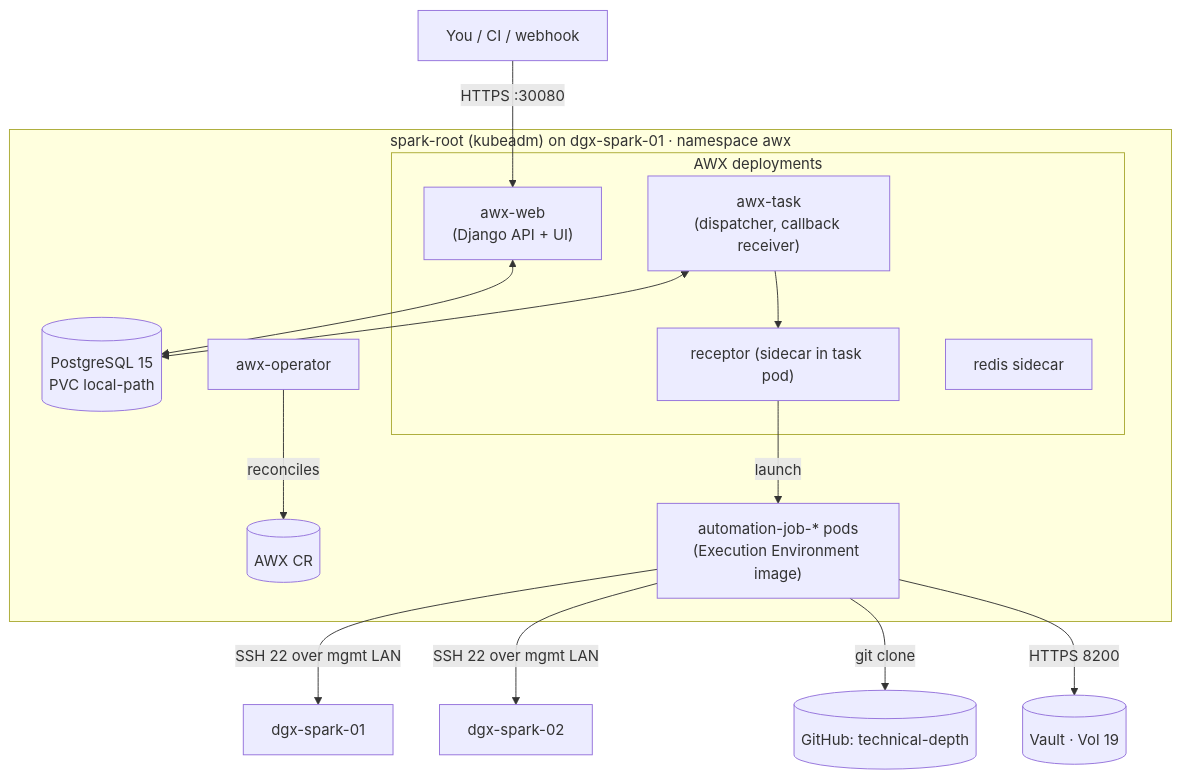
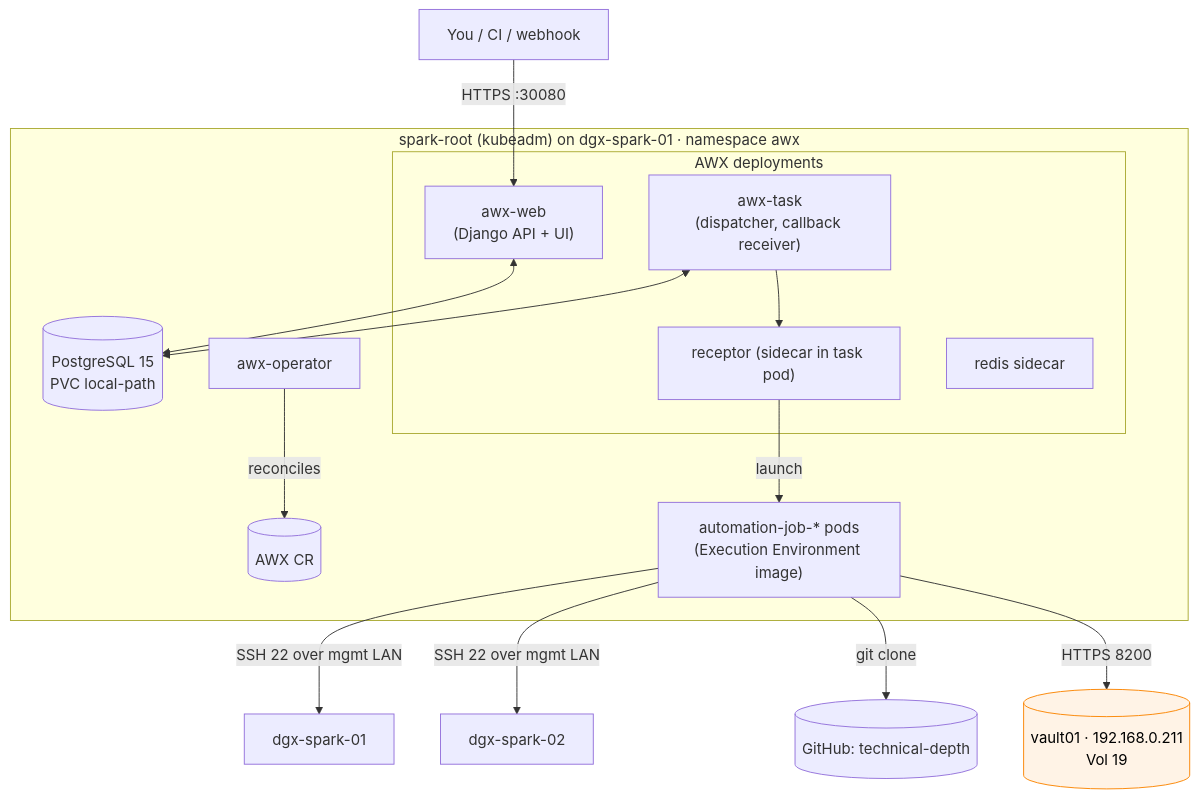
One commit to cloudone365/technical-depth changed the first of 2 diagrams in 01 Ansible/02-ansible-tower-awx-deep-dive.md. Above: the diagram before and after it, drawn with Mermaid. The commit also changed other lines of this file and 37 other files, not shown here.

````diff
--- a/01 Ansible/02-ansible-tower-awx-deep-dive.md
+++ b/01 Ansible/02-ansible-tower-awx-deep-dive.md
@@ -21,21 +29,23 @@
 ```mermaid
 flowchart TB
   U["You / CI / webhook"] -->|HTTPS :30080| WEB
   subgraph ROOT["spark-root (kubeadm) on dgx-spark-01 · namespace awx"]
     OP[awx-operator] -->|reconciles| CR[(AWX CR)]
     subgraph AWXPOD[AWX deployments]
       WEB["awx-web<br/>(Django API + UI)"]
       TASK["awx-task<br/>(dispatcher, callback receiver)"]
       RCPT["receptor (sidecar in task pod)"]
       REDIS[redis sidecar]
     end
     PG[(PostgreSQL 15<br/>PVC local-path)]
     JOB["automation-job-* pods<br/>(Execution Environment image)"]
   end
   WEB <--> PG
   TASK <--> PG
   TASK --> RCPT -->|launch| JOB
   JOB -->|SSH 22 over mgmt LAN| S1[dgx-spark-01] & S2[dgx-spark-02]
   JOB -->|git clone| GH[(GitHub: technical-depth)]
-  JOB -->|HTTPS 8200| V[(Vault · Vol 19)]
+  JOB -->|HTTPS 8200| V[("vault01 · 192.168.0.211<br/>Vol 19")]
+  classDef mgmt fill:#fff3e6,stroke:#fb8500,color:#000
+  class V mgmt
 ```
````
